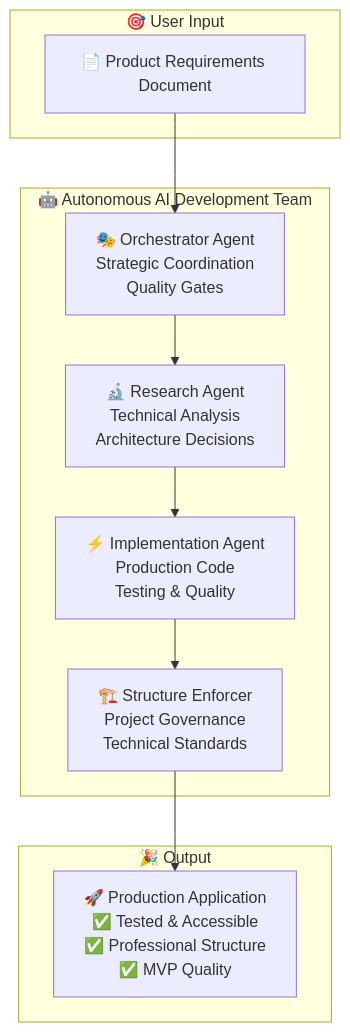
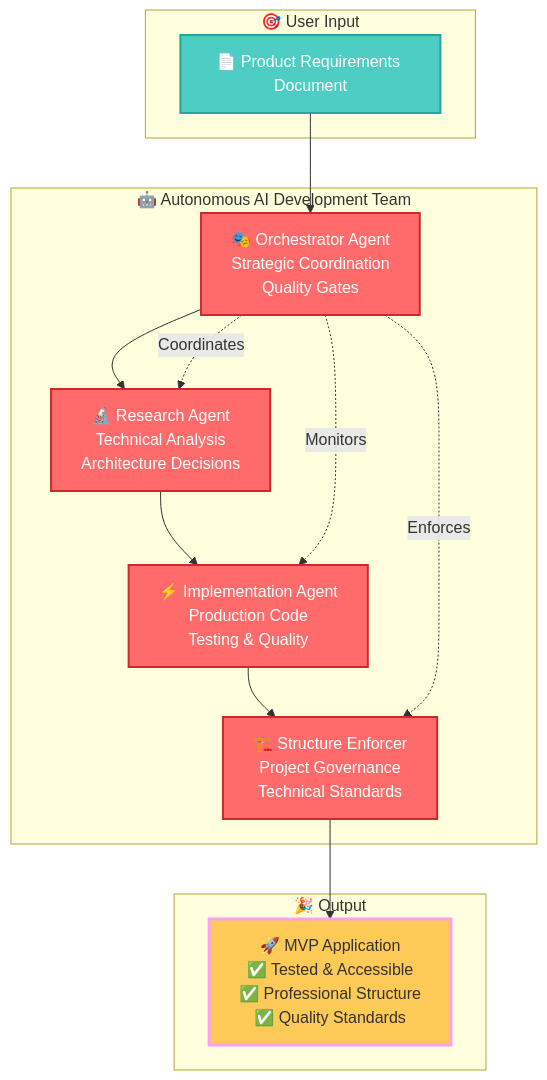
Before and after one commit to vanzan01/claude-code-sub-agent-collective: the first of 2 diagrams in README.md, drawn with Mermaid. The commit also changed other lines of this file and 6 other files, not shown here.

First line of the commit message:
Complete multi-agent system implementation

````diff
--- a/README.md
+++ b/README.md
@@ -29,23 +29,35 @@
 ```mermaid
 graph TB
     subgraph "🎯 User Input"
         PRD[📄 Product Requirements Document]
     end
     
     subgraph "🤖 Autonomous AI Development Team"
         Orchestrator[🎭 Orchestrator Agent<br/>Strategic Coordination<br/>Quality Gates]
         Research[🔬 Research Agent<br/>Technical Analysis<br/>Architecture Decisions]
         Implementation[⚡ Implementation Agent<br/>Production Code<br/>Testing & Quality]
         Structure[🏗️ Structure Enforcer<br/>Project Governance<br/>Technical Standards]
     end
     
     subgraph "🎉 Output"
-        App[🚀 Production Application<br/>✅ Tested & Accessible<br/>✅ Professional Structure<br/>✅ MVP Quality]
+        App[🚀 MVP Application<br/>✅ Tested & Accessible<br/>✅ Professional Structure<br/>✅ Quality Standards]
     end
     
     PRD --> Orchestrator
     Orchestrator --> Research
     Research --> Implementation
     Implementation --> Structure
     Structure --> App
+    
+    Orchestrator -.->|Coordinates| Research
+    Orchestrator -.->|Monitors| Implementation
+    Orchestrator -.->|Enforces| Structure
+    
+    classDef agent fill:#ff6b6b,stroke:#c92a2a,stroke-width:2px,color:#fff
+    classDef input fill:#4ecdc4,stroke:#26a69a,stroke-width:2px,color:#fff
+    classDef output fill:#feca57,stroke:#ff9ff3,stroke-width:3px,color:#333
+    
+    class Orchestrator,Research,Implementation,Structure agent
+    class PRD input
+    class App output
 ```
````
